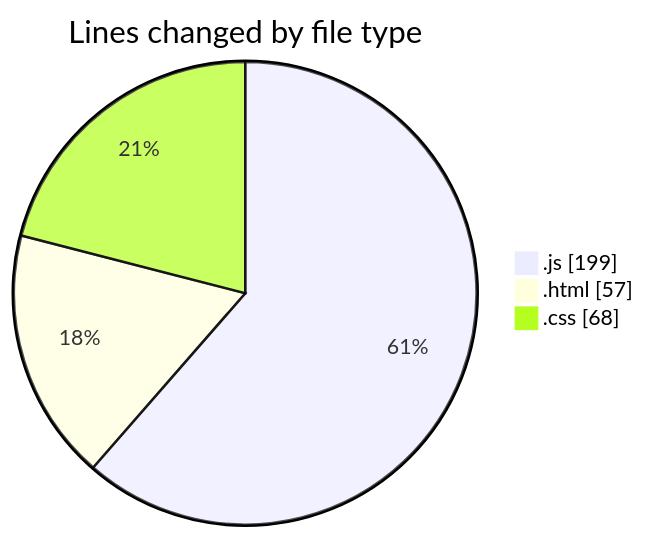
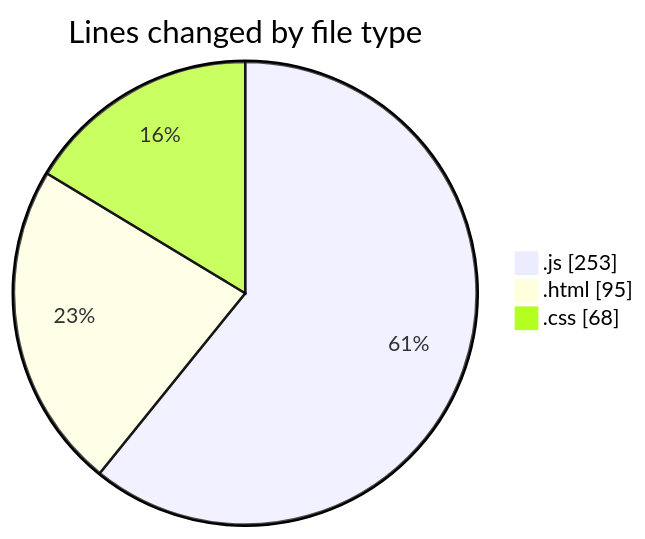
The first of 2 diagrams in 2025-01-24/projects/README.md (Ritupan-Deka/code-tracking), drawn with Mermaid before and after one commit. The commit also changed other lines of this file and 1 other file, not shown here.

````diff
--- a/2025-01-24/projects/README.md
+++ b/2025-01-24/projects/README.md
@@ -29,7 +29,7 @@
 ```mermaid
 pie showData
 title Lines changed by file type
-".js" : 199
-".html" : 57
+".js" : 253
+".html" : 95
 ".css" : 68
 ```
````
